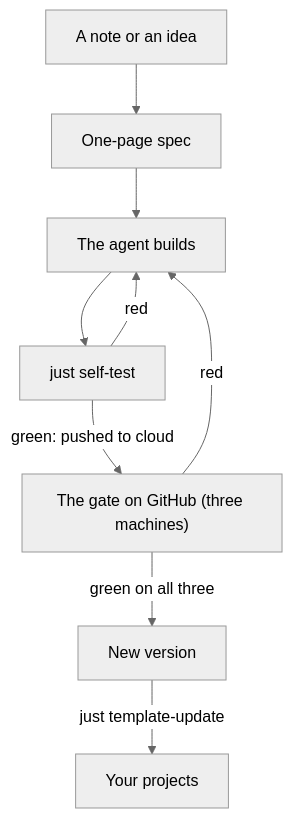
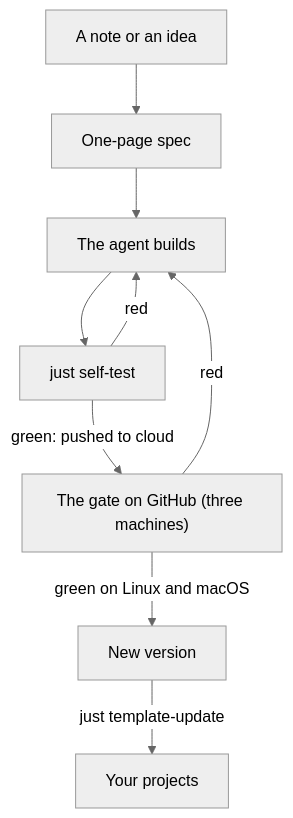
One commit to yerlytech/ai-backbone changed the diagram in README.md. Above: the diagram before and after it, drawn with Mermaid (neutral theme). The commit also changed other lines of this file and 10 other files, not shown here.

Commit message:
feat(gate): Windows reports, Linux and macOS decide the carry (spec 037)

````diff
--- a/README.md
+++ b/README.md
@@ -64,19 +65,19 @@
 ```mermaid
 flowchart TD
     idea["A note or an idea"]
     spec["One-page spec"]
     build["The agent builds"]
     test["just self-test"]
     gate["The gate on GitHub (three machines)"]
     ver["New version"]
     projs["Your projects"]
 
     idea --> spec
     spec --> build
     build --> test
     test -->|"red"| build
     test -->|"green: pushed to cloud"| gate
     gate -->|"red"| build
-    gate -->|"green on all three"| ver
+    gate -->|"green on Linux and macOS"| ver
     ver -->|"just template-update"| projs
 ```
````
